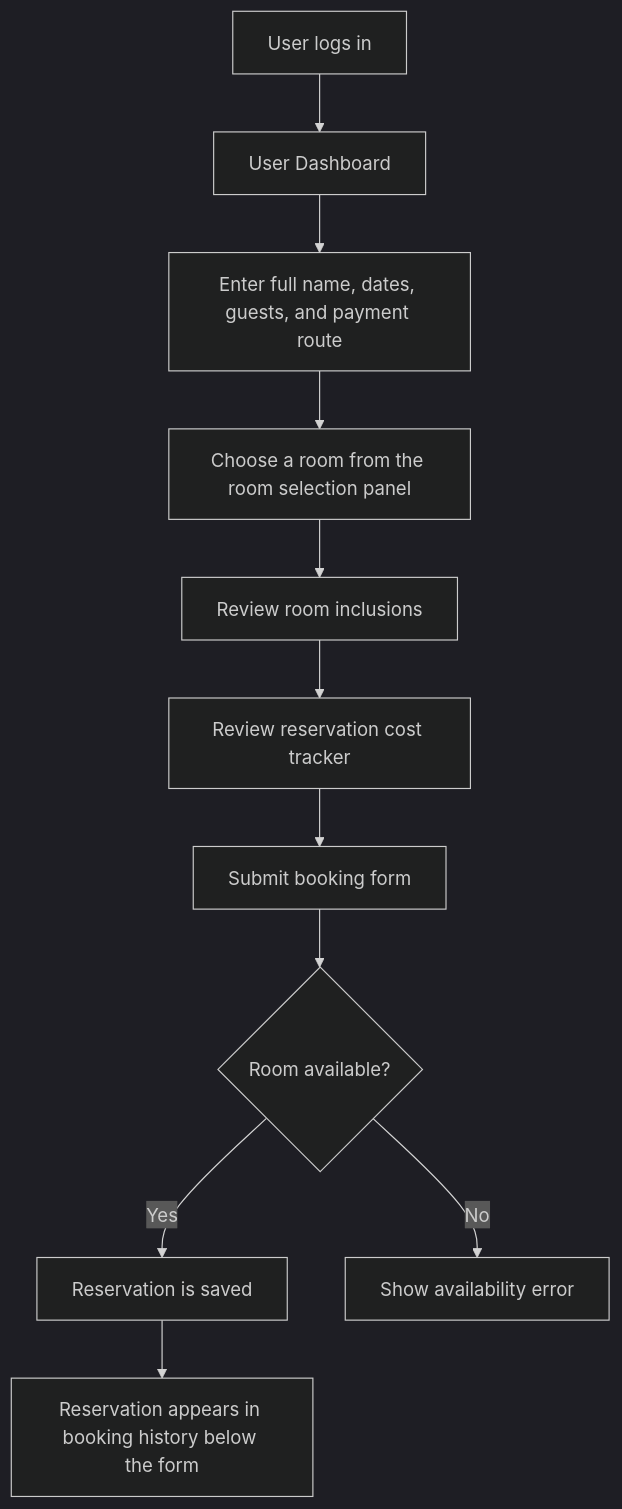
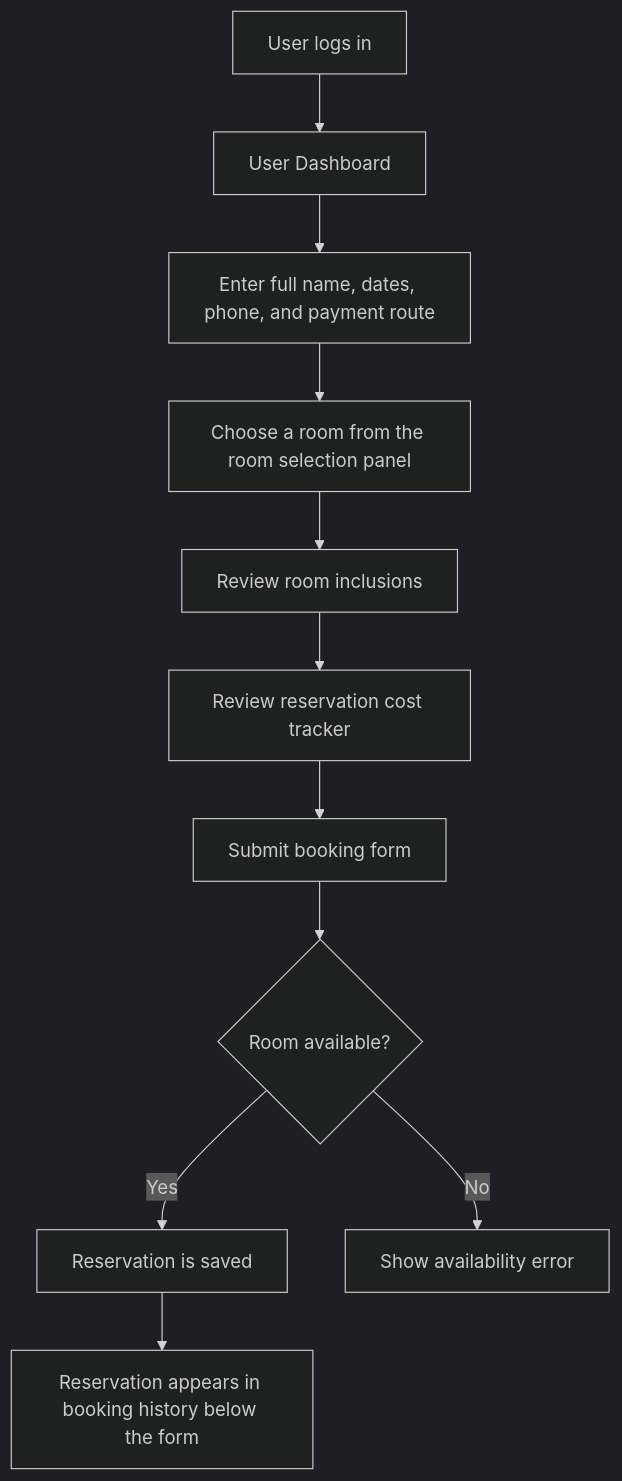
The third of 4 diagrams in docs/website-flowchart.md (WizardOfXerox/Emperor-Hotel), drawn with Mermaid (dark theme) before and after one commit. The commit also changed other lines of this file and 24 other files, not shown here.

````diff
--- a/docs/website-flowchart.md
+++ b/docs/website-flowchart.md
@@ -91,13 +91,13 @@
 ```mermaid
 flowchart TD
     A[User logs in] --> B[User Dashboard]
-    B --> C[Enter full name, dates, guests, and payment route]
+    B --> C[Enter full name, dates, phone, and payment route]
     C --> C1[Choose a room from the room selection panel]
     C1 --> D[Review room inclusions]
     D --> D1[Review reservation cost tracker]
     D1 --> E[Submit booking form]
     E --> F{Room available?}
     F -->|Yes| G[Reservation is saved]
     F -->|No| H[Show availability error]
     G --> I[Reservation appears in booking history below the form]
 ```
````
